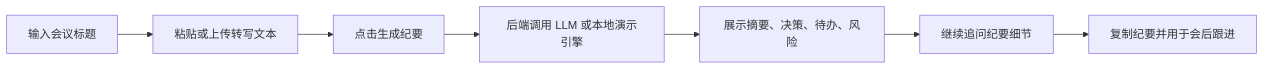
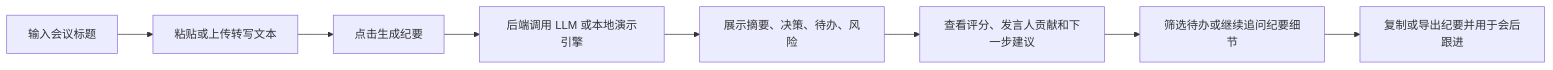
The diagram in DESIGN.md (kirk261612/-), drawn with Mermaid before and after one commit. The commit also changed other lines of this file and 4 other files, not shown here.

````diff
--- a/DESIGN.md
+++ b/DESIGN.md
@@ -32,9 +36,10 @@
 ```mermaid
 flowchart LR
   A["输入会议标题"] --> B["粘贴或上传转写文本"]
   B --> C["点击生成纪要"]
   C --> D["后端调用 LLM 或本地演示引擎"]
   D --> E["展示摘要、决策、待办、风险"]
-  E --> F["继续追问纪要细节"]
-  F --> G["复制纪要并用于会后跟进"]
+  E --> F["查看评分、发言人贡献和下一步建议"]
+  F --> G["筛选待办或继续追问纪要细节"]
+  G --> H["复制或导出纪要并用于会后跟进"]
 ```
````
